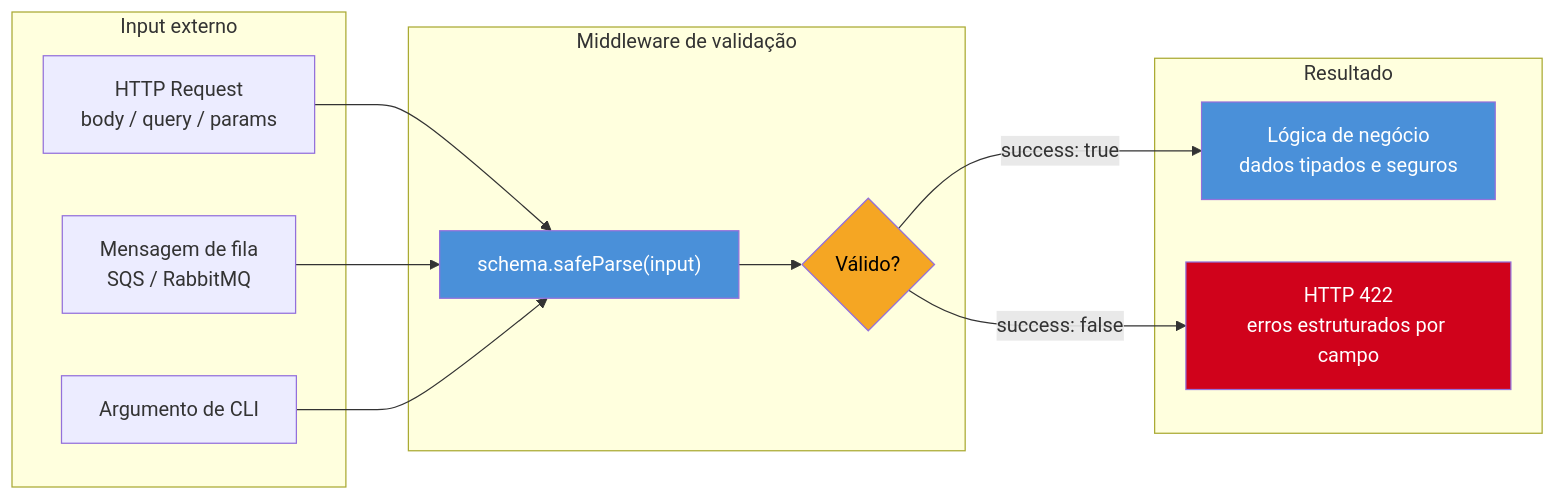
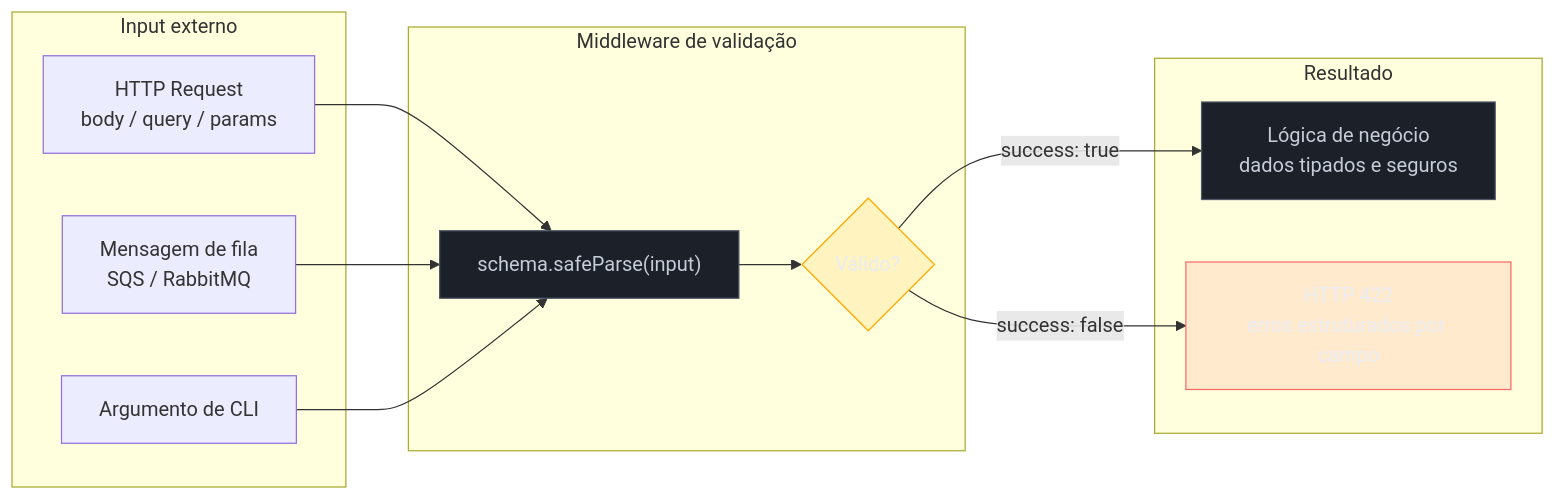
One commit to josenaldo/codex-technomanticus changed the diagram in 03-Dominios/Tecnologia/Node/Segurança/03 - Validação de entrada com Zod e Joi.md. Above: the diagram before and after it, drawn with Mermaid. The commit also changed 1181 other files, not shown here.

First line of the commit message:
fix(diagramas): paleta do sistema no lugar de cor cravada no markdown

````diff
--- a/03-Dominios/Tecnologia/Node/Segurança/03 - Validação de entrada com Zod e Joi.md
+++ b/03-Dominios/Tecnologia/Node/Segurança/03 - Validação de entrada com Zod e Joi.md
@@ -28,31 +28,34 @@
 ```mermaid
 flowchart LR
+    classDef neutro fill:#1B2029,stroke:#4E5666,color:#C6CCD8
+    classDef destaque fill:#FFAA0024,stroke:#FFAA00,color:#E9ECF2
+    classDef falha fill:#FF6B6B24,stroke:#FF6B6B,color:#E9ECF2
     subgraph ENTRADA ["Input externo"]
         HTTP["HTTP Request\nbody / query / params"]
         QUEUE["Mensagem de fila\nSQS / RabbitMQ"]
         CLI["Argumento de CLI"]
     end
 
     subgraph MIDDLEWARE ["Middleware de validação"]
         SAFE["schema.safeParse(input)"]
         OK{"Válido?"}
     end
 
     subgraph SAIDA ["Resultado"]
         LOGIC["Lógica de negócio\ndados tipados e seguros"]
         ERR422["HTTP 422\nerros estruturados por campo"]
     end
 
     HTTP --> SAFE
     QUEUE --> SAFE
     CLI --> SAFE
 
     SAFE --> OK
     OK -->|"success: true"| LOGIC
     OK -->|"success: false"| ERR422
 
-    style SAFE fill:#4A90D9,color:#fff
-    style OK fill:#F5A623,color:#000
-    style ERR422 fill:#D0021B,color:#fff
-    style LOGIC fill:#4A90D9,color:#fff
+    class SAFE neutro
+    class OK destaque
+    class ERR422 falha
+    class LOGIC neutro
 ```
````
